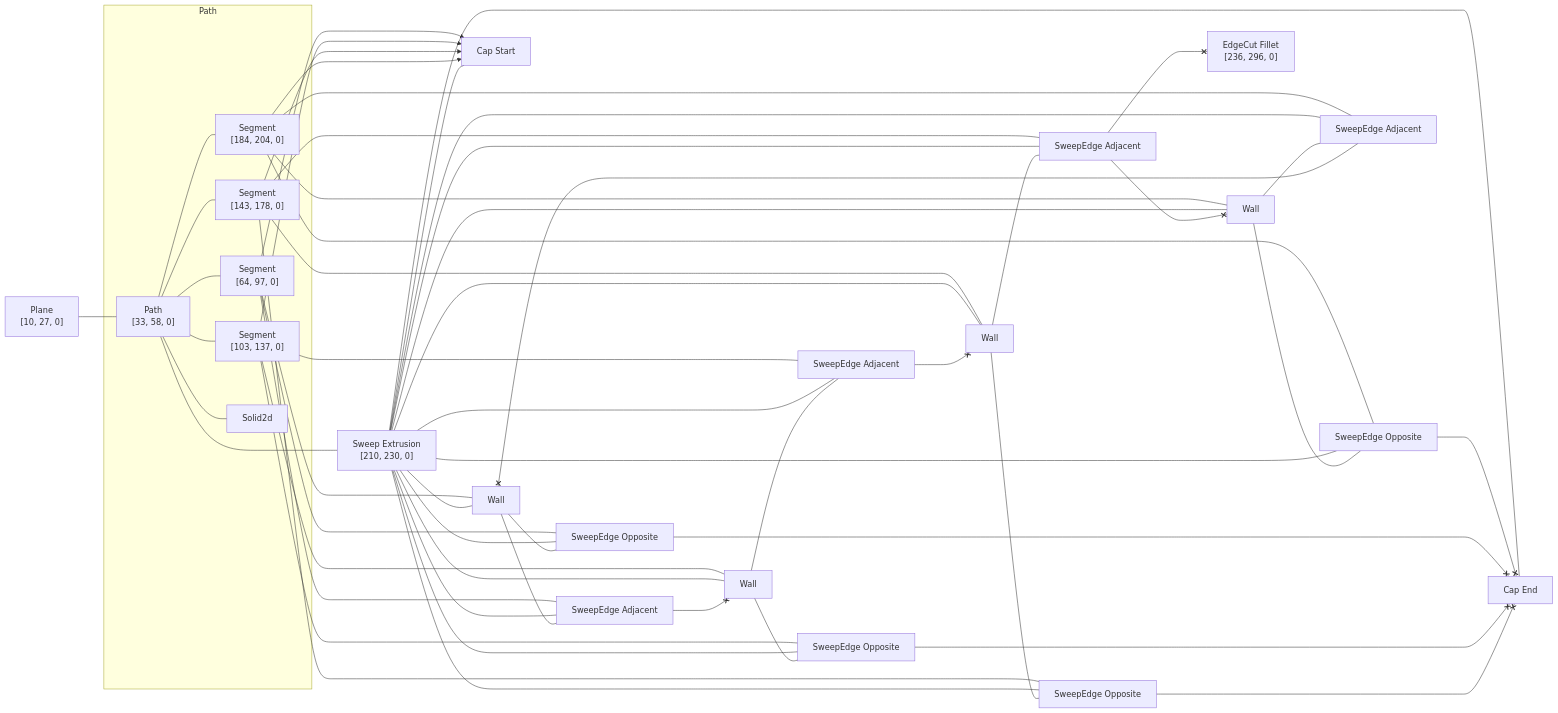
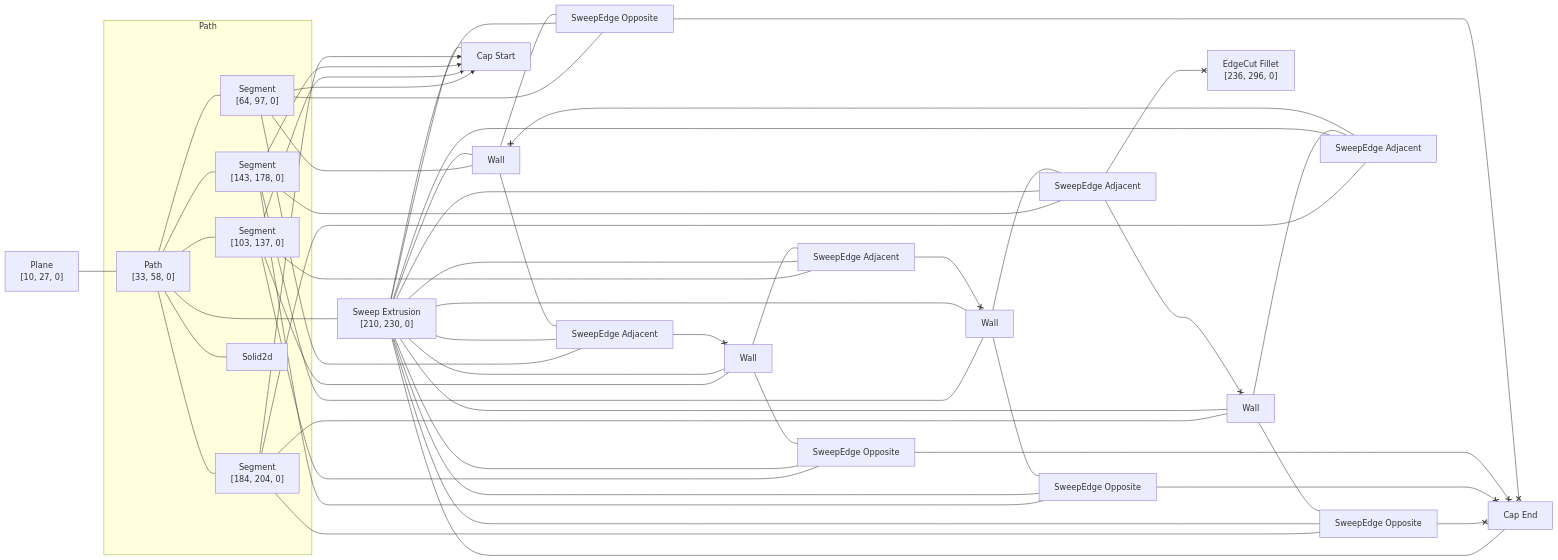
One commit to rajgandhi1/modeling-app changed the diagram in rust/kcl-lib/tests/basic_fillet_cube_previous_adjacent/artifact_graph_flowchart.snap.md. Above: the diagram before and after it, drawn with Mermaid. The commit also changed 101 other files, not shown here.

````diff
--- a/rust/kcl-lib/tests/basic_fillet_cube_previous_adjacent/artifact_graph_flowchart.snap.md
+++ b/rust/kcl-lib/tests/basic_fillet_cube_previous_adjacent/artifact_graph_flowchart.snap.md
@@ -1,82 +1,82 @@
 ```mermaid
 flowchart LR
   subgraph path2 [Path]
     2["Path<br>[33, 58, 0]"]
     3["Segment<br>[64, 97, 0]"]
     4["Segment<br>[103, 137, 0]"]
     5["Segment<br>[143, 178, 0]"]
     6["Segment<br>[184, 204, 0]"]
     7[Solid2d]
   end
   1["Plane<br>[10, 27, 0]"]
   8["Sweep Extrusion<br>[210, 230, 0]"]
   9[Wall]
   10[Wall]
   11[Wall]
   12[Wall]
   13["Cap Start"]
   14["Cap End"]
   15["SweepEdge Opposite"]
   16["SweepEdge Opposite"]
   17["SweepEdge Opposite"]
   18["SweepEdge Opposite"]
   19["SweepEdge Adjacent"]
   20["SweepEdge Adjacent"]
   21["SweepEdge Adjacent"]
   22["SweepEdge Adjacent"]
   23["EdgeCut Fillet<br>[236, 296, 0]"]
   1 --- 2
   2 --- 3
   2 --- 4
   2 --- 5
   2 --- 6
   2 --- 7
   2 ---- 8
   3 --- 12
   3 x--> 13
-  3 --- 16
+  3 --- 18
   3 --- 22
   4 --- 10
   4 x--> 13
   4 --- 17
-  4 --- 19
+  4 --- 21
   5 --- 9
   5 x--> 13
-  5 --- 18
-  5 --- 21
+  5 --- 16
+  5 --- 20
   6 --- 11
   6 x--> 13
   6 --- 15
-  6 --- 20
+  6 --- 19
   8 --- 9
   8 --- 10
   8 --- 11
   8 --- 12
   8 --- 13
   8 --- 14
   8 --- 15
   8 --- 16
   8 --- 17
   8 --- 18
   8 --- 19
   8 --- 20
   8 --- 21
   8 --- 22
-  9 --- 18
-  19 <--x 9
-  9 --- 21
+  9 --- 16
+  9 --- 20
+  21 <--x 9
   10 --- 17
-  10 --- 19
+  10 --- 21
   22 <--x 10
   11 --- 15
-  11 --- 20
-  21 <--x 11
-  12 --- 16
-  20 <--x 12
+  11 --- 19
+  20 <--x 11
+  12 --- 18
+  19 <--x 12
   12 --- 22
   15 <--x 14
   16 <--x 14
   17 <--x 14
   18 <--x 14
-  21 <--x 23
+  20 <--x 23
 ```
````
